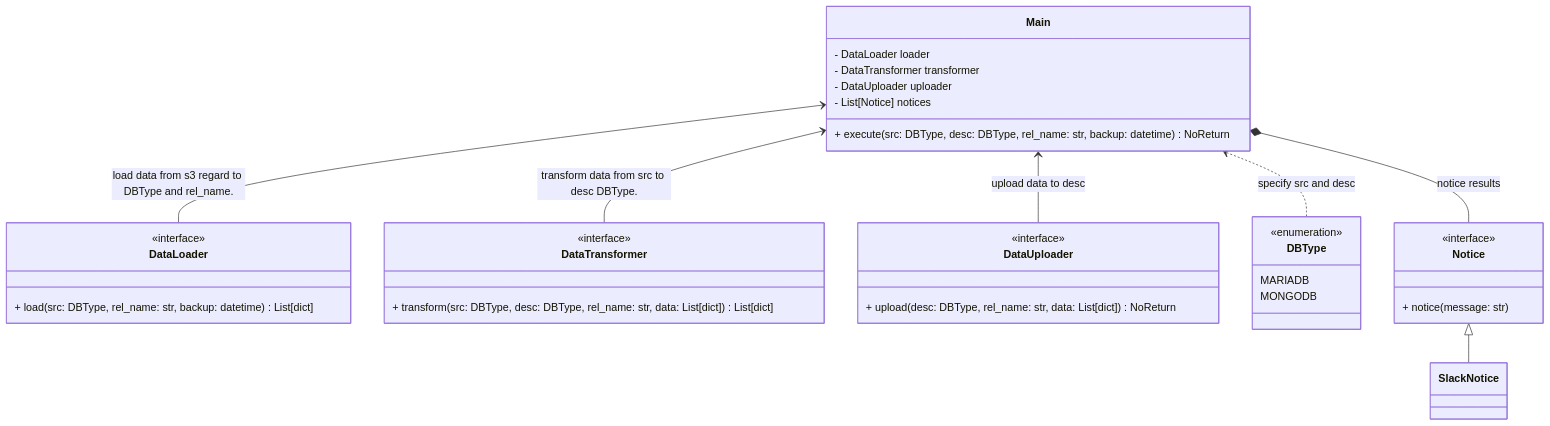
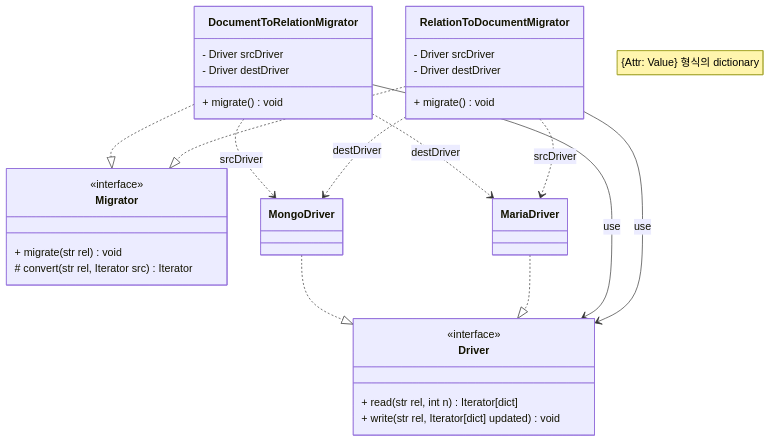
Before and after one commit to KU-Capstone-Design/pyoniverse-data-migrator: the first of 2 diagrams in docs/design.md, drawn with Mermaid. The commit also changed other lines of this file and 22 other files, not shown here.

Commit message:
[feat] mongo -> maria migrator (#1)

````diff
--- a/docs/design.md
+++ b/docs/design.md
@@ -3,38 +3,34 @@
 ```mermaid
 classDiagram
-    class DataLoader {
+    note "{Attr: Value} 형식의 dictionary"
+    class Driver {
         <<interface>>
-        + load(src: DBType, rel_name: str, backup: datetime) List[dict]
+        + read(str rel, int n) Iterator[dict]
+        + write(str rel, Iterator[dict] updated) void
     }
-    class DataTransformer {
+    class Migrator {
         <<interface>>
-        + transform(src: DBType, desc: DBType, rel_name: str, data: List[dict]) List[dict]
+        + migrate(str rel) void
+        # convert(str rel, Iterator src) Iterator
     }
-    class DataUploader {
-        <<interface>>
-        + upload(desc: DBType, rel_name: str, data: List[dict]) NoReturn
+    class DocumentToRelationMigrator {
+        - Driver srcDriver
+        - Driver destDriver
+        + migrate() void
     }
-    class DBType {
-        <<enumeration>>
-        MARIADB
-        MONGODB
+    class RelationToDocumentMigrator {
+        - Driver srcDriver
+        - Driver destDriver
+        + migrate() void
     }
-    class Notice {
-        <<interface>>
-        + notice(message: str)
-    }
-    class Main {
-        - DataLoader loader
-        - DataTransformer transformer
-        - DataUploader uploader
-        - List[Notice] notices
-        + execute(src: DBType, desc: DBType, rel_name: str, backup: datetime) NoReturn
-    }
-    Main <-- DataLoader: load data from s3 regard to DBType and rel_name.
-    Main <-- DataTransformer: transform data from src to desc DBType.
-    Main <-- DataUploader: upload data to desc
-    Main <.. DBType: specify src and desc
-    Main *-- Notice: notice results
-    Notice <|-- SlackNotice
-
+    MongoDriver ..|> Driver
+    MariaDriver ..|> Driver
+    DocumentToRelationMigrator ..|> Migrator
+    RelationToDocumentMigrator ..|> Migrator
+    DocumentToRelationMigrator --> Driver: use
+    RelationToDocumentMigrator --> Driver: use
+    DocumentToRelationMigrator ..> MongoDriver: srcDriver
+    DocumentToRelationMigrator ..> MariaDriver: destDriver
+    RelationToDocumentMigrator ..> MariaDriver: srcDriver
+    RelationToDocumentMigrator ..> MongoDriver: destDriver
 ```
````
